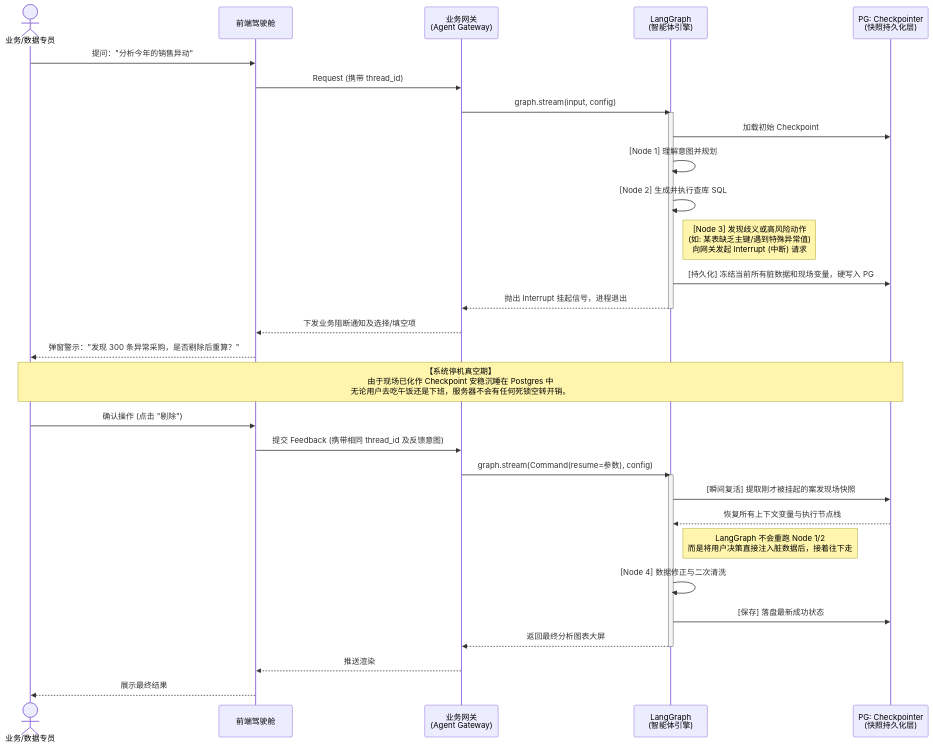
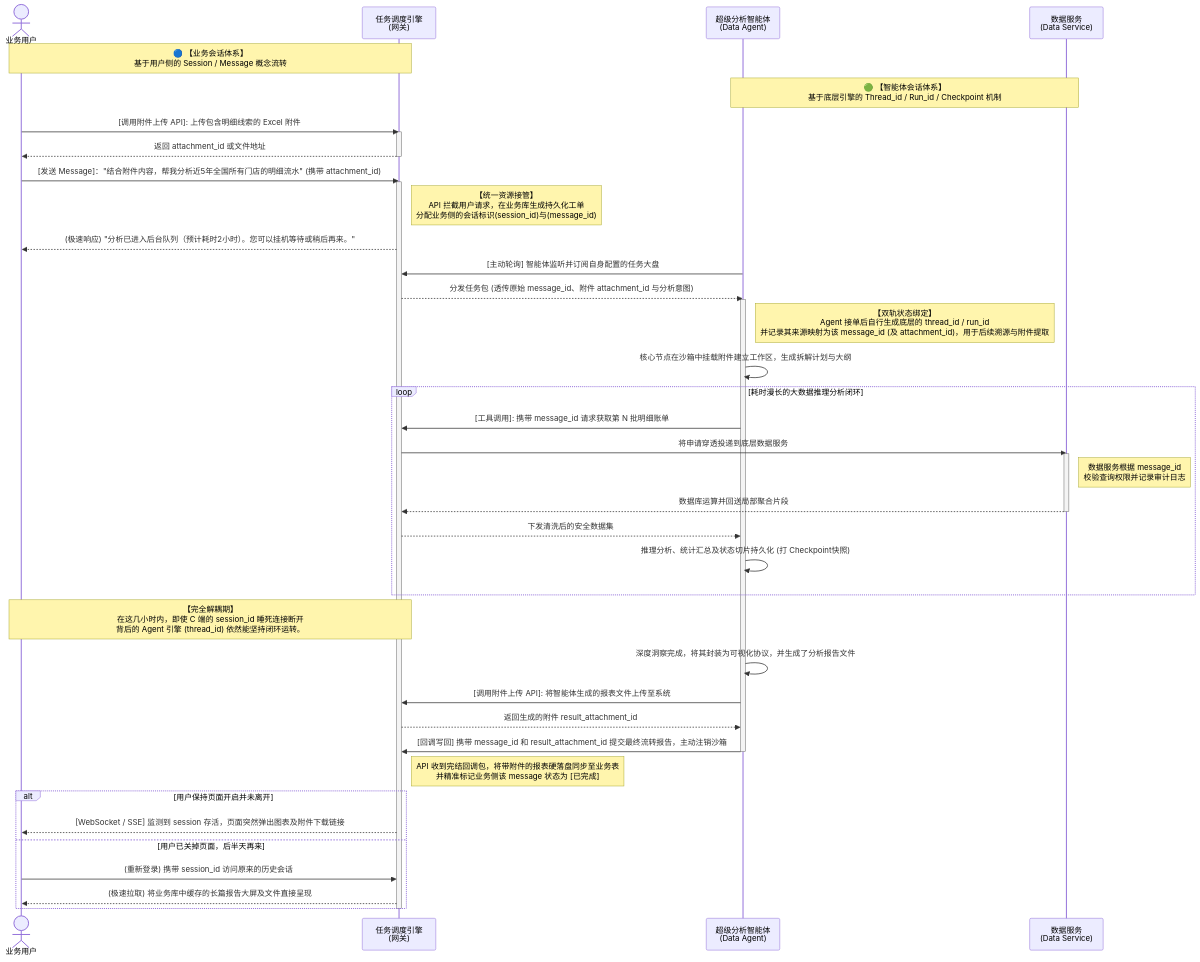
Before and after one commit to beyonai/ByDC: the second of 7 diagrams in doc/超级数据分析智能体_模块设计/超级分析智能体_模块设计.md, drawn with Mermaid. The commit also changed other lines of this file, not shown here.

````diff
--- a/doc/超级数据分析智能体_模块设计/超级分析智能体_模块设计.md
+++ b/doc/超级数据分析智能体_模块设计/超级分析智能体_模块设计.md
@@ -607,48 +165,61 @@
 ```mermaid
 sequenceDiagram
-    actor User as 业务/数据专员
-    participant UI as 前端驾驶舱
-    participant API as 业务网关<br/>(Agent Gateway)
-    participant Graph as LangGraph<br/>(智能体引擎)
-    participant Checkpoint as PG: Checkpointer<br/>(快照持久化层)
+    actor User as 业务用户
+    participant API as 任务调度引擎<br/>(网关)
+    participant Agent as 超级分析智能体<br/>(Data Agent)
+    participant DataSvc as 数据服务<br/>(Data Service)
     
-    User->>UI: 提问："分析今年的销售异动"
-    UI->>API: Request (携带 thread_id)
-    API->>Graph: graph.stream(input, config)
-    activate Graph
+    note over User, API: 🔵 【业务会话体系】 <br/>基于用户侧的 Session / Message 概念流转
+    note over Agent, DataSvc: 🟢 【智能体会话体系】 <br/>基于底层引擎的 Thread_id / Run_id / Checkpoint 机制
     
-    Graph->>Checkpoint: 加载初始 Checkpoint
-    Graph->>Graph: [Node 1] 理解意图并规划
-    Graph->>Graph: [Node 2] 生成并执行查库 SQL
+    %% 第一阶段：用户发榜与网关收单
+    User->>API: [调用附件上传 API]: 上传包含明细线索的 Excel 附件
+    activate API
+    API-->>User: 返回 attachment_id 或文件地址
+    deactivate API
+    User->>API: [发送 Message]："结合附件内容，帮我分析近5年全国所有门店的明细流水" (携带 attachment_id)
+    activate API
+    note right of API: 【统一资源接管】<br/>API 拦截用户请求，在业务库生成持久化工单<br/>分配业务侧的会话标识(session_id)与(message_id)
+    API-->>User: (极速响应) "分析已进入后台队列（预计耗时2小时）。您可以挂机等待或稍后再来。"
     
-    %% 触发中断点
-    note right of Graph: [Node 3] 发现歧义或高风险动作<br/>(如: 某表缺乏主键/遇到特殊异常值)<br/>向网关发起 Interrupt (中断) 请求
+    %% 第二阶段：智能体主动订阅与领办任务
+    Agent->>API: [主动轮询] 智能体监听并订阅自身配置的任务大盘
+    API-->>Agent: 分发任务包 (透传原始 message_id、附件 attachment_id 与分析意图)
+    activate Agent
     
-    Graph->>Checkpoint: [持久化] 冻结当前所有脏数据和现场变量，硬写入 PG
-    Graph-->>API: 抛出 Interrupt 挂起信号，进程退出
-    deactivate Graph
+    %% 第三阶段：沙箱静默规划与数据拉锯战
+    note right of Agent: 【双轨状态绑定】<br/>Agent 接单后自行生成底层的 thread_id / run_id<br/>并记录其来源映射为该 message_id (及 attachment_id)，用于后续溯源与附件提取
+    Agent->>Agent: 核心节点在沙箱中挂载附件建立工作区，生成拆解计划与大纲
     
-    API-->>UI: 下发业务阻断通知及选择/填空项
-    UI-->>User: 弹窗警示："发现 300 条异常采购，是否剔除后重算？"
+    loop 耗时漫长的大数据推理分析闭环
+        Agent->>API: [工具调用]: 携带 message_id 请求获取第 N 批明细账单
+        API->>DataSvc: 将申请穿透投递到底层数据服务
+        activate DataSvc
+        note right of DataSvc: 数据服务根据 message_id <br/>校验查询权限并记录审计日志
+        DataSvc-->>API: 数据库运算并回送局部聚合片段
+        deactivate DataSvc
+        API-->>Agent: 下发清洗后的安全数据集
+        
+        Agent->>Agent: 推理分析、统计汇总及状态切片持久化 (打 Checkpoint快照)
+    end
     
-    %% 异步等待期
-    note over User, Checkpoint: 【系统停机真空期】<br/>由于现场已化作 Checkpoint 安稳沉睡在 Postgres 中<br/>无论用户去吃午饭还是下班，服务器不会有任何死锁空转开销。
+    note over User, API: 【完全解耦期】<br/>在这几小时内，即使 C 端的 session_id 睡死连接断开<br/>背后的 Agent 引擎 (thread_id) 依然能坚持闭环运转。
     
-    User->>UI: 确认操作 (点击 "剔除")
-    UI->>API: 提交 Feedback (携带相同 thread_id 及反馈意图)
-    API->>Graph: graph.stream(Command(resume=参数), config)
-    activate Graph
+    %% 第四阶段：成果出炉与状态落盘
+    Agent->>Agent: 深度洞察完成，将其封装为可视化协议，并生成了分析报告文件
+    Agent->>API: [调用附件上传 API]: 将智能体生成的报表文件上传至系统
+    API-->>Agent: 返回生成的附件 result_attachment_id
+    Agent->>API: [回调写回] 携带 message_id 和 result_attachment_id 提交最终流转报告，主动注销沙箱
+    deactivate Agent
     
-    Graph->>Checkpoint: [瞬间复活] 提取刚才被挂起的案发现场快照
-    Checkpoint-->>Graph: 恢复所有上下文变量与执行节点栈
+    note right of API: API 收到完结回调包，将带附件的报表硬落盘同步至业务表<br/>并精准标记业务侧该 message 状态为 [已完成]
     
-    note right of Graph: LangGraph 不会重跑 Node 1/2<br/>而是将用户决策直接注入脏数据后，接着往下走
-    Graph->>Graph: [Node 4] 数据修正与二次清洗
-    Graph->>Checkpoint: [保存] 落盘最新成功状态
-    
-    Graph-->>API: 返回最终分析图表大屏
-    deactivate Graph
-    
-    API-->>UI: 推送渲染
-    UI-->>User: 展示最终结果
+    %% 第五阶段：用户随缘提取结果
+    alt 用户保持页面开启并未离开
+        API-->>User: [WebSocket / SSE] 监测到 session 存活，页面突然弹出图表及附件下载链接
+    else 用户已关掉页面，后半天再来
+        User->>API: (重新登录) 携带 session_id 访问原来的历史会话
+        API-->>User: (极速拉取) 将业务库中缓存的长篇报告大屏及文件直接呈现
+    end
+    deactivate API
 ```
````
